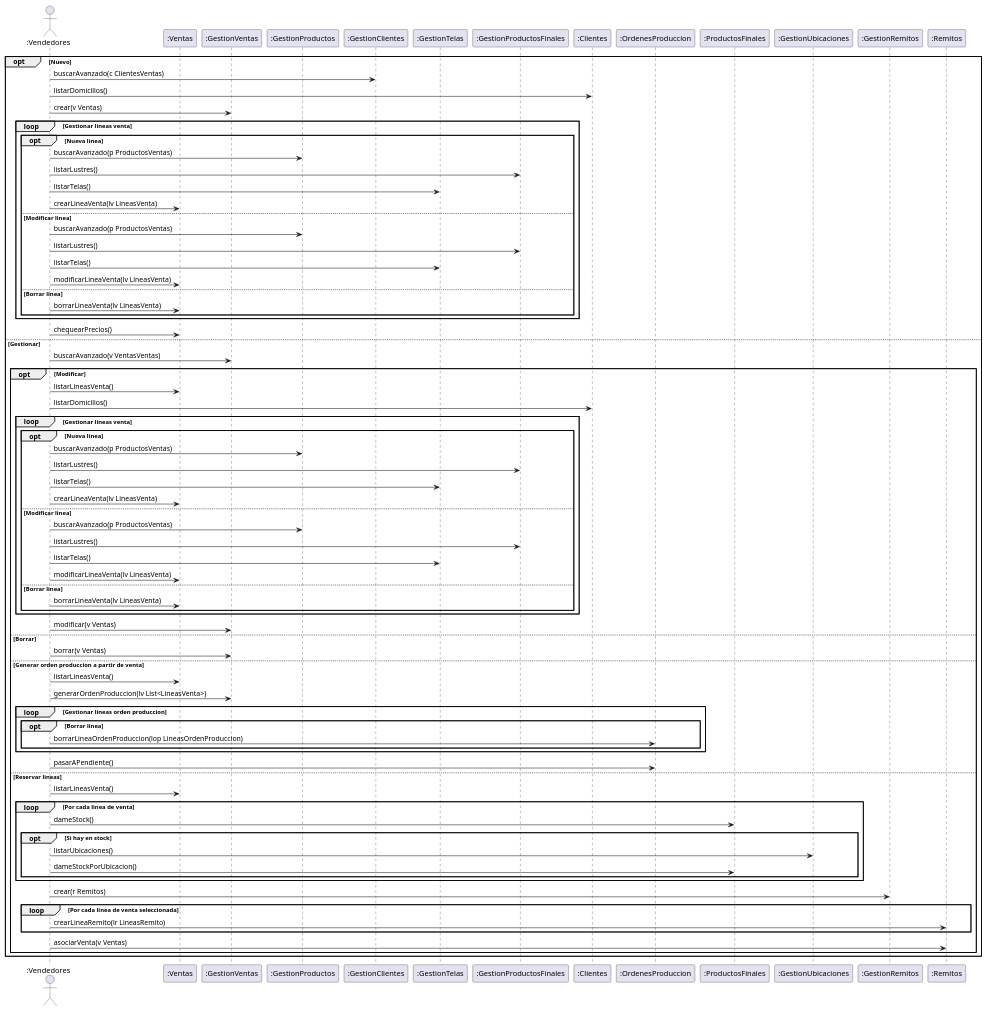
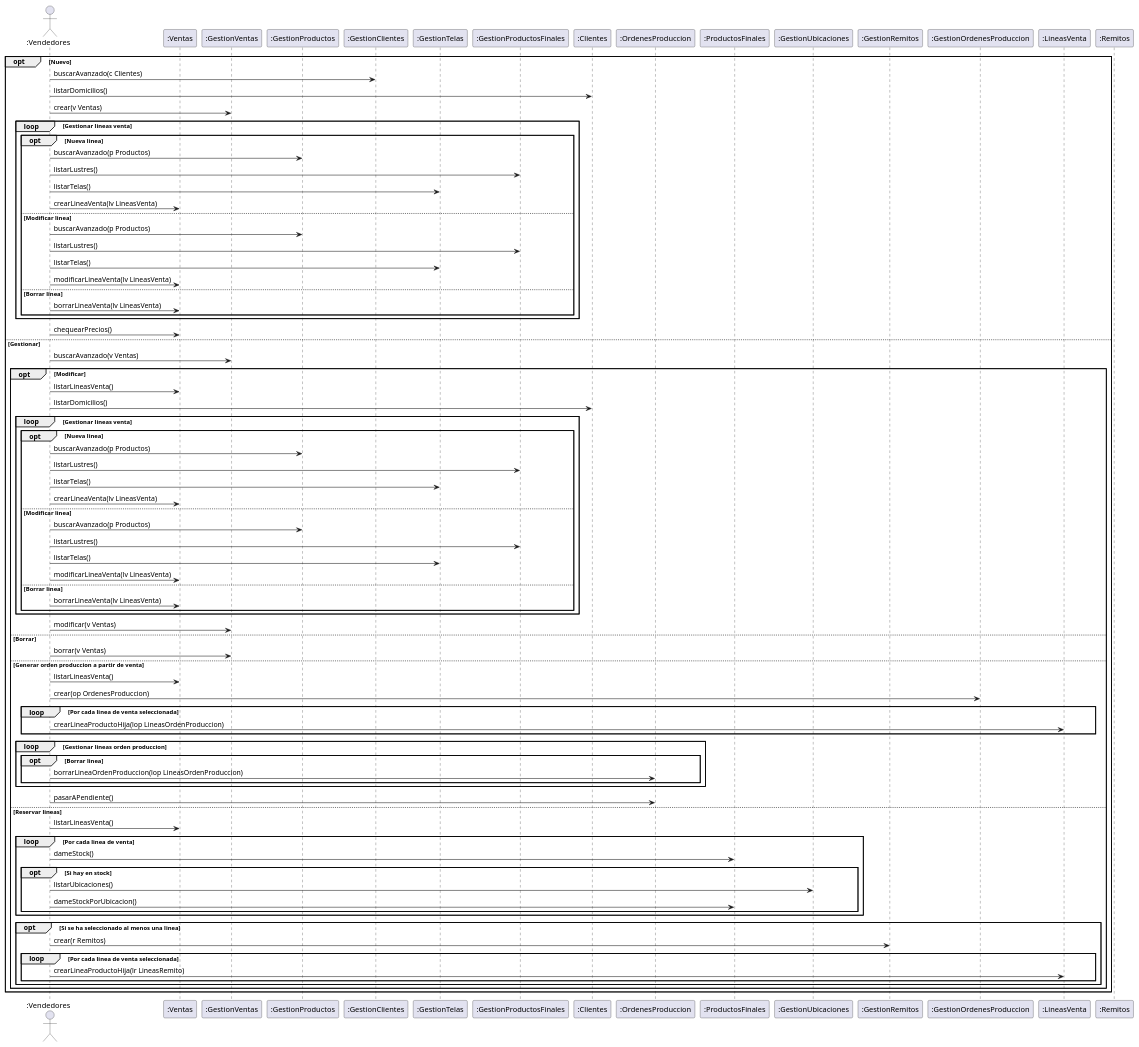
The fourth of 4 diagrams in DiagramasSecuencia/DiagramaDeSecuencia.puml (ZMGestion/DocumentacionZMGestion), drawn with PlantUML before and after one commit. The commit also changed other lines of this file and 1 other file, not shown here.

Commit message:
Cambios DiagramaDeSecuencia

```diff
--- a/DiagramasSecuencia/DiagramaDeSecuencia.puml
+++ b/DiagramasSecuencia/DiagramaDeSecuencia.puml
@@ -156,84 +167,92 @@
 @startuml GestionVentas
     actor ":Vendedores" as Vendedores
     participant ":Ventas" as Ventas
     participant ":GestionVentas" as GestionVentas
     participant ":GestionProductos" as GestionProductos
     participant ":GestionClientes" as GestionClientes
     participant ":GestionTelas" as GestionTelas
     participant ":GestionProductosFinales" as GestionProductosFinales
     participant ":Clientes" as Clientes
     participant ":OrdenesProduccion" as OrdenesProduccion
     participant ":ProductosFinales" as ProductosFinales
     participant ":GestionUbicaciones" as GestionUbicaciones
     participant ":GestionRemitos" as GestionRemitos
+    participant ":GestionOrdenesProduccion" as GestionOrdenesProduccion
+    participant ":LineasVenta" as LineasVenta
     participant ":Remitos" as Remitos
 
     opt Nuevo
-        Vendedores -> GestionClientes: buscarAvanzado(c ClientesVentas)
+        Vendedores -> GestionClientes: buscarAvanzado(c Clientes)
         Vendedores -> Clientes: listarDomicilios()
         Vendedores -> GestionVentas: crear(v Ventas)
         loop Gestionar lineas venta
             opt Nueva linea
-                Vendedores -> GestionProductos: buscarAvanzado(p ProductosVentas)
+                Vendedores -> GestionProductos: buscarAvanzado(p Productos)
                 Vendedores -> GestionProductosFinales: listarLustres()
                 Vendedores -> GestionTelas: listarTelas()
                 Vendedores -> Ventas: crearLineaVenta(lv LineasVenta)
             else Modificar linea
-                Vendedores -> GestionProductos: buscarAvanzado(p ProductosVentas)
+                Vendedores -> GestionProductos: buscarAvanzado(p Productos)
                 Vendedores -> GestionProductosFinales: listarLustres()
                 Vendedores -> GestionTelas: listarTelas()
                 Vendedores -> Ventas: modificarLineaVenta(lv LineasVenta)
             else Borrar linea
                 Vendedores -> Ventas: borrarLineaVenta(lv LineasVenta)
             end
         end 
         Vendedores -> Ventas: chequearPrecios()
     else Gestionar
-        Vendedores -> GestionVentas: buscarAvanzado(v VentasVentas)
+        Vendedores -> GestionVentas: buscarAvanzado(v Ventas)
         opt Modificar
             Vendedores -> Ventas: listarLineasVenta()
             Vendedores -> Clientes: listarDomicilios()
             loop Gestionar lineas venta
                 opt Nueva linea
-                    Vendedores -> GestionProductos: buscarAvanzado(p ProductosVentas)
+                    Vendedores -> GestionProductos: buscarAvanzado(p Productos)
                     Vendedores -> GestionProductosFinales: listarLustres()
                     Vendedores -> GestionTelas: listarTelas()
                     Vendedores -> Ventas: crearLineaVenta(lv LineasVenta)
                 else Modificar linea
-                    Vendedores -> GestionProductos: buscarAvanzado(p ProductosVentas)
+                    Vendedores -> GestionProductos: buscarAvanzado(p Productos)
                     Vendedores -> GestionProductosFinales: listarLustres()
                     Vendedores -> GestionTelas: listarTelas()
                     Vendedores -> Ventas: modificarLineaVenta(lv LineasVenta)
                 else Borrar linea
                     Vendedores -> Ventas: borrarLineaVenta(lv LineasVenta)
                 end
             end
             Vendedores -> GestionVentas: modificar(v Ventas)
         else Borrar
             Vendedores -> GestionVentas: borrar(v Ventas)
         else Generar orden produccion a partir de venta
             Vendedores -> Ventas: listarLineasVenta()
-            Vendedores -> GestionVentas: generarOrdenProduccion(lv List<LineasVenta>)
+            Vendedores -> GestionOrdenesProduccion: crear(op OrdenesProduccion)
+            loop Por cada linea de venta seleccionada
+                Vendedores -> LineasVenta: crearLineaProductoHija(lop LineasOrdenProduccion)
+            end
             loop Gestionar lineas orden produccion
                 opt Borrar linea
                     Vendedores -> OrdenesProduccion: borrarLineaOrdenProduccion(lop LineasOrdenProduccion)
                 end
             end
             Vendedores -> OrdenesProduccion: pasarAPendiente()
         else Reservar lineas
             Vendedores -> Ventas: listarLineasVenta()
             loop Por cada linea de venta
                 Vendedores -> ProductosFinales: dameStock()
                 opt Si hay en stock
                     Vendedores -> GestionUbicaciones: listarUbicaciones()
                     Vendedores -> ProductosFinales: dameStockPorUbicacion()
                 end
             end
-            Vendedores -> GestionRemitos: crear(r Remitos)
-            loop Por cada linea de venta seleccionada
-                Vendedores -> Remitos: crearLineaRemito(lr LineasRemito)
+            opt Si se ha seleccionado al menos una linea
+                Vendedores -> GestionRemitos: crear(r Remitos)
+                loop Por cada linea de venta seleccionada
+                    Vendedores -> LineasVenta: crearLineaProductoHija(lr LineasRemito)
+                    ' se crean las lineas de remito dado que se debe asociar la ubicacion de la cual
+                    ' se sacaran cada linea
+                end
             end
-            Vendedores -> Remitos: asociarVenta(v Ventas)
         end
     end
 @enduml
```
